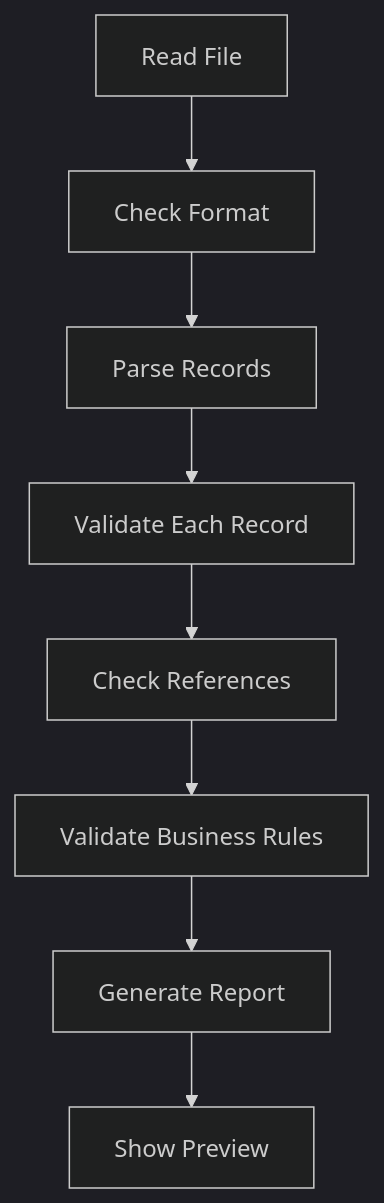
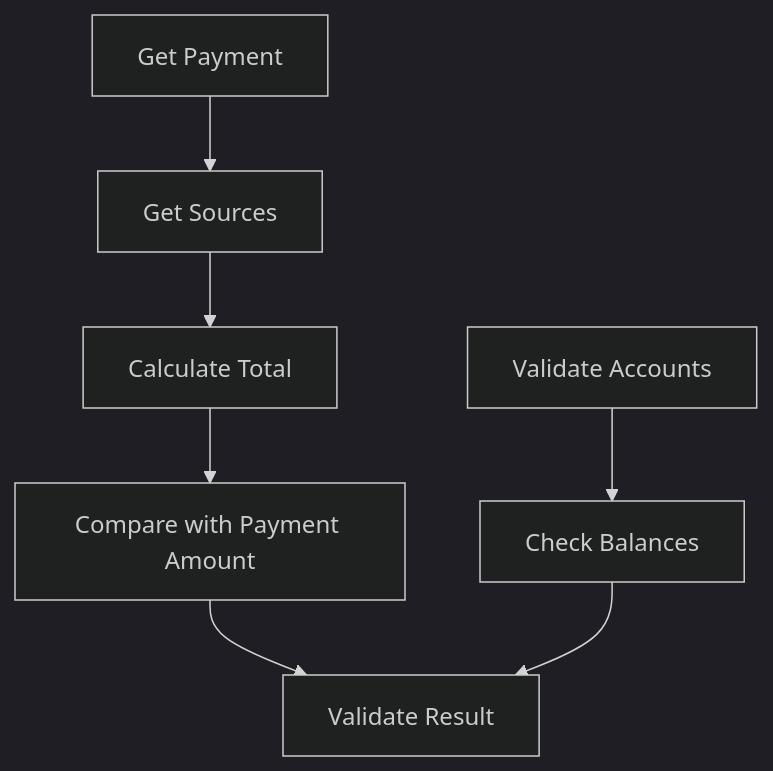
Before and after one commit to AstroMined/debtonator: the fourth of 6 diagrams in docs/system_patterns.md, drawn with Mermaid (dark theme). The commit also changed other lines of this file and 28 other files, not shown here.

````diff
--- a/docs/system_patterns.md
+++ b/docs/system_patterns.md
@@ -121,10 +135,9 @@
 ```mermaid
 graph TD
-    A[Read File] --> B[Check Format]
-    B --> C[Parse Records]
-    C --> D[Validate Each Record]
-    D --> E[Check References]
-    E --> F[Validate Business Rules]
-    F --> G[Generate Report]
-    G --> H[Show Preview]
+    A[Get Payment] --> D[Get Sources]
+    B[Calculate Total] --> E[Compare with Payment Amount]
+    C[Validate Accounts] --> F[Check Balances]
+    D --> B
+    E --> G[Validate Result]
+    F --> G
 ```
````
